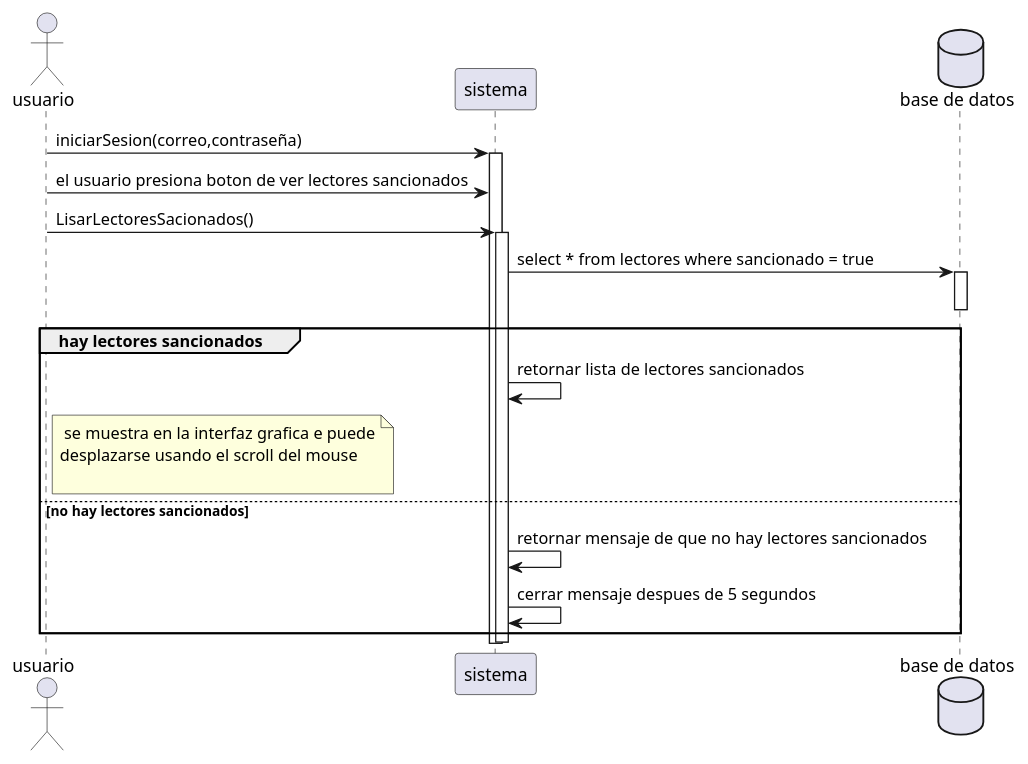
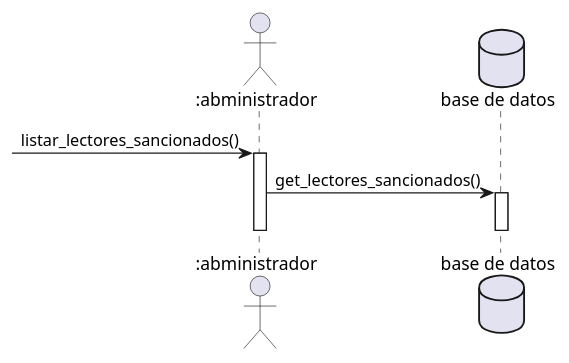
Before and after one commit to RubenE107/diagramas-de-dise-o-uml: the diagram in Interacion3/listarlecSancionados.puml, drawn with PlantUML. The commit also changed 1 other file, not shown here.

Commit message:
listar sancionados correciones

```diff
--- a/Interacion3/listarlecSancionados.puml
+++ b/Interacion3/listarlecSancionados.puml
@@ -1,29 +1,38 @@
 @startuml
 
-actor "usuario" as u
-participant "sistema" as s
+actor ":abministrador" as u
 database "base de datos" as db  
 
-u -> s:iniciarSesion(correo,contraseña)
-activate s
-u -> s:el usuario presiona boton de ver lectores sancionados
-u -> s:LisarLectoresSacionados()
-activate s
-s -> db:select * from lectores where sancionado = true
+-> u: listar_lectores_sancionados()
+activate u
+u->db:get_lectores_sancionados()
 activate db
 deactivate db
-group hay lectores sancionados
-s -> s:retornar lista de lectores sancionados
-note right of u
- se muestra en la interfaz grafica e puede
-desplazarse usando el scroll del mouse
 
-end note
-else no hay lectores sancionados
-s -> s:retornar mensaje de que no hay lectores sancionados
-s->s: cerrar mensaje despues de 5 segundos
-end
-deactivate s
+
+deactivate u
+
+
+' u -> s:iniciarSesion(correo,contraseña)
+' activate s
+' u -> s:el usuario presiona boton de ver lectores sancionados
+' u -> s:LisarLectoresSacionados()
+' activate s
+' s -> db:select * from lectores where sancionado = true
+' activate db
+' deactivate db
+' group hay lectores sancionados
+' s -> s:retornar lista de lectores sancionados
+' note right of u
+'  se muestra en la interfaz grafica e puede
+' desplazarse usando el scroll del mouse
+
+' end note
+' else no hay lectores sancionados
+' s -> s:retornar mensaje de que no hay lectores sancionados
+' s->s: cerrar mensaje despues de 5 segundos
+' end
+' deactivate s
 
 
 @enduml
```
